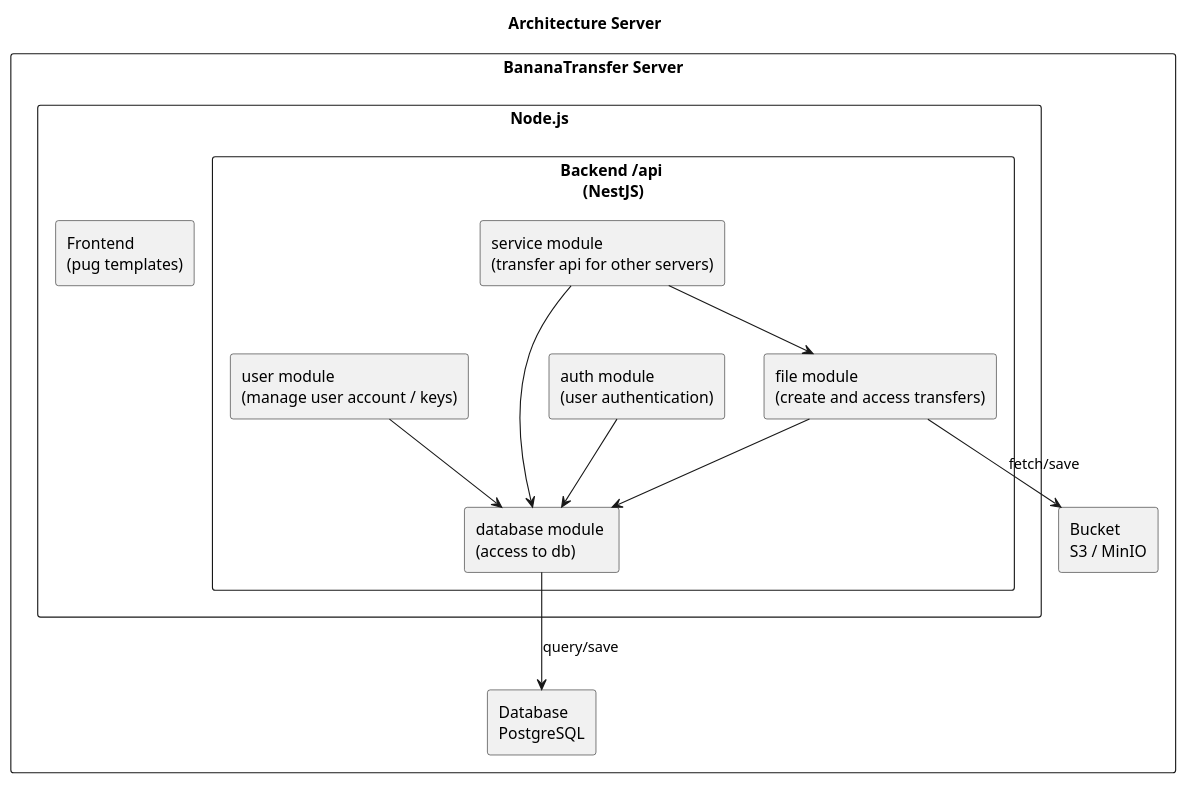
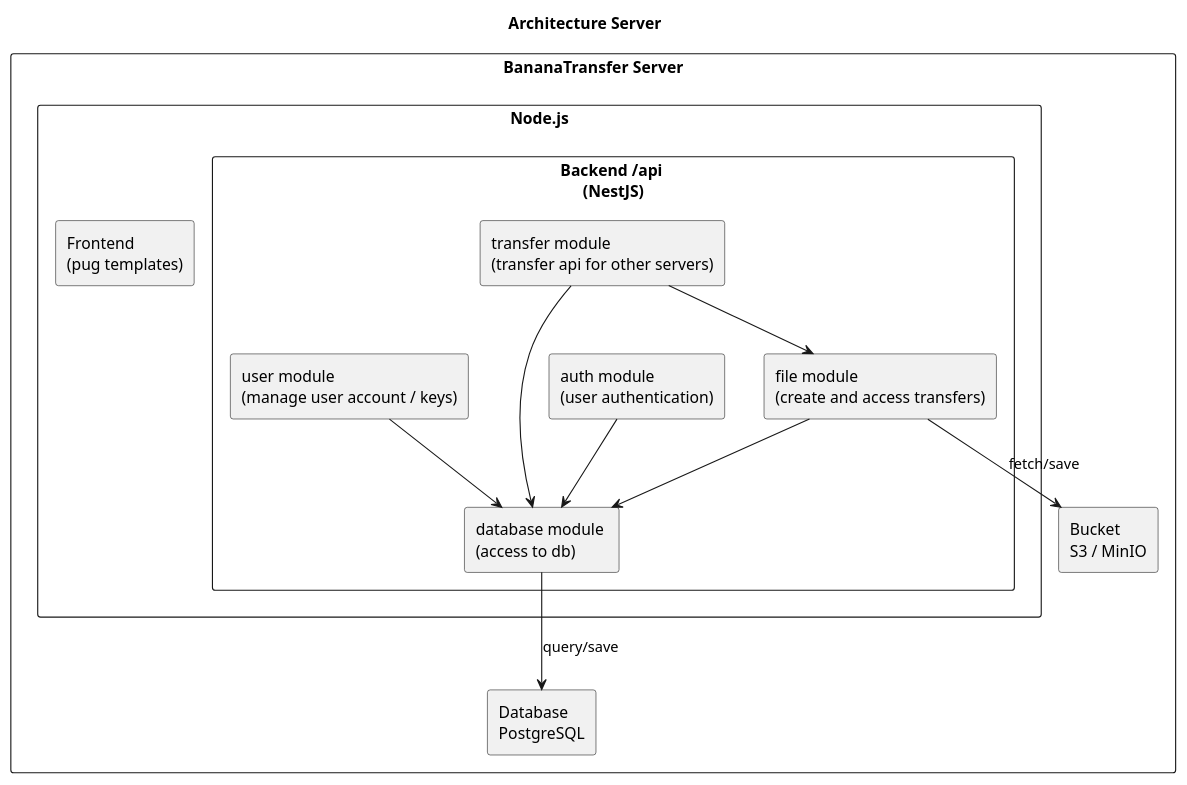
Before and after one commit to BananaTransfer/BananaTransfer: the diagram in documents/umls/architecture_server.puml, drawn with PlantUML. The commit also changed 9 other files, not shown here.

Commit message:
rename service module into transfer module

```diff
--- a/documents/umls/architecture_server.puml
+++ b/documents/umls/architecture_server.puml
@@ -1,27 +1,27 @@
 @startuml
 title Architecture Server
 
 rectangle "BananaTransfer Server" as srv {
     rectangle "Node.js" as node {
         rectangle "Frontend \n(pug templates)" as frontend
         rectangle "Backend /api \n(NestJS)" as backend {
             rectangle "auth module \n(user authentication)" as auth
             rectangle "database module \n(access to db)" as db_mod
             rectangle "file module \n(create and access transfers)" as file
-            rectangle "service module \n(transfer api for other servers)" as api
+            rectangle "transfer module \n(transfer api for other servers)" as transfer
             rectangle "user module \n(manage user account / keys)" as usr
         }
     }
     rectangle "Database \nPostgreSQL" as db
     rectangle "Bucket \nS3 / MinIO" as s3
 }
 
 db_mod -down-> db: "query/save"
 file -down-> s3: "fetch/save"
 auth --> db_mod
 file --> db_mod
-api --> db_mod
+transfer --> db_mod
 usr --> db_mod
-api --> file
+transfer --> file
 
 @enduml
```
